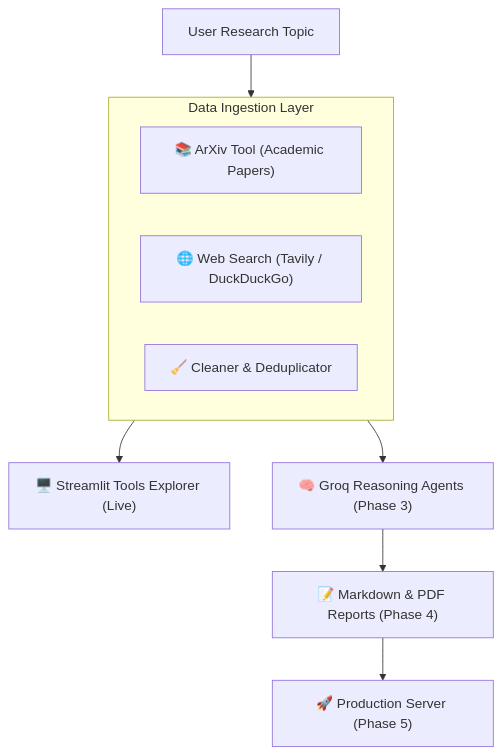
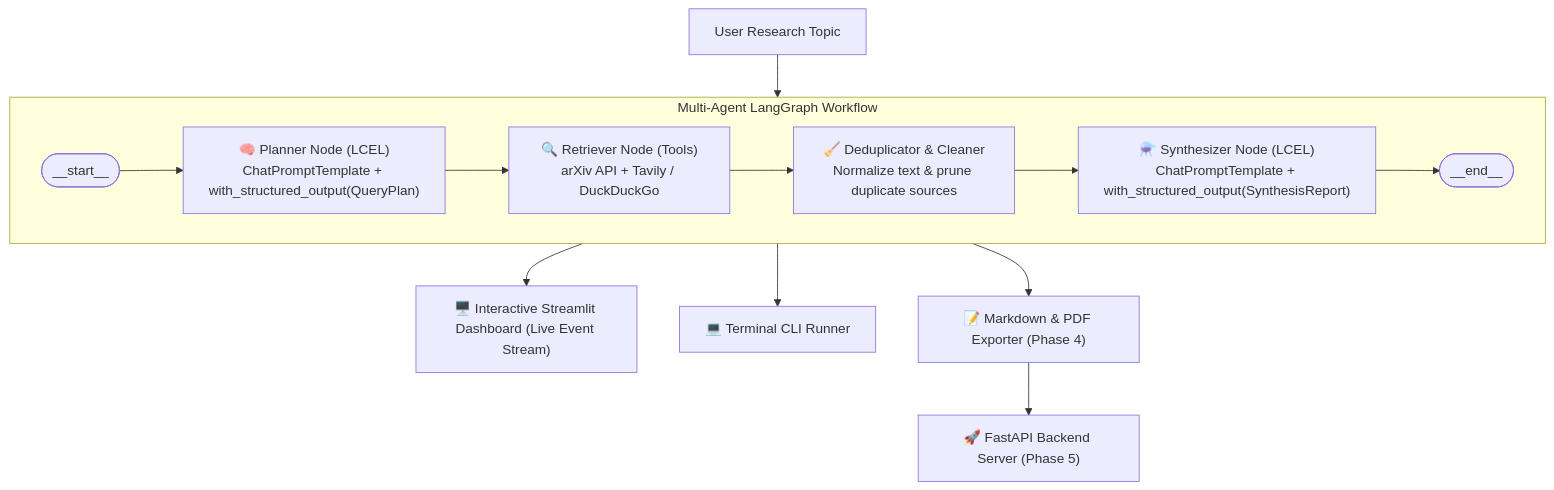
One commit to hit93/AI-Research-Assistant changed the diagram in README.md. Above: the diagram before and after it, drawn with Mermaid. The commit also changed other lines of this file and 2 other files, not shown here.

````diff
--- a/README.md
+++ b/README.md
@@ -9,15 +9,17 @@
 ```mermaid
 flowchart TD
-    UserQuery["User Research Topic"] --> Tools["Retrieval Layer (Phase 2)"]
-    
-    subgraph Tools ["Data Ingestion Layer"]
-        Arxiv["📚 ArXiv Tool (Academic Papers)"]
-        Web["🌐 Web Search (Tavily / DuckDuckGo)"]
-        Cleaner["🧹 Cleaner & Deduplicator"]
+    UserQuery["User Research Topic"] --> StateGraph["LangGraph StateGraph"]
+
+    subgraph StateGraph ["Multi-Agent LangGraph Workflow"]
+        Start(["__start__"]) --> Planner["🧠 Planner Node (LCEL)\nChatPromptTemplate + with_structured_output(QueryPlan)"]
+        Planner --> Retriever["🔍 Retriever Node (Tools)\narXiv API + Tavily / DuckDuckGo"]
+        Retriever --> Deduplicator["🧹 Deduplicator & Cleaner\nNormalize text & prune duplicate sources"]
+        Deduplicator --> Synthesizer["⚗️ Synthesizer Node (LCEL)\nChatPromptTemplate + with_structured_output(SynthesisReport)"]
+        Synthesizer --> EndNode(["__end__"])
     end
 
-    Tools --> Streamlit["🖥️ Streamlit Tools Explorer (Live)"]
-    Tools --> Reasoning["🧠 Groq Reasoning Agents (Phase 3)"]
-    Reasoning --> Exporter["📝 Markdown & PDF Reports (Phase 4)"]
-    Exporter --> Server["🚀 Production Server (Phase 5)"]
+    StateGraph --> Streamlit["🖥️ Interactive Streamlit Dashboard (Live Event Stream)"]
+    StateGraph --> CLI["💻 Terminal CLI Runner"]
+    StateGraph --> Exporter["📝 Markdown & PDF Exporter (Phase 4)"]
+    Exporter --> Server["🚀 FastAPI Backend Server (Phase 5)"]
 ```
````
